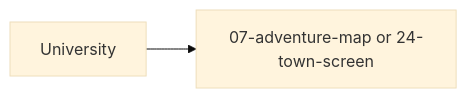
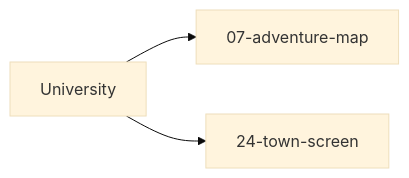
The fifth of 5 diagrams in docs/architecture/wiki/screens/53-university/architecture.md (SunaNoOshiro/Heroes_Reforged_AI_Realms), drawn with Mermaid (base theme) before and after one commit. The commit also changed other lines of this file and 518 other files, not shown here.

First line of the commit message:
Add doc-audit skill and sweep architecture/screen docs

````diff
--- a/docs/architecture/wiki/screens/53-university/architecture.md
+++ b/docs/architecture/wiki/screens/53-university/architecture.md
@@ -68,5 +79,6 @@
 ```mermaid
 flowchart LR
   Current["University"]
-  Current --> T0["07-adventure-map or 24-town-screen"]
+  Current --> T0["07-adventure-map"]
+  Current --> T1["24-town-screen"]
 ```
````
